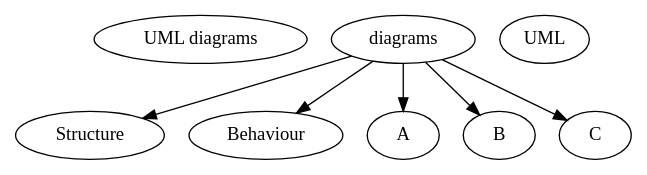
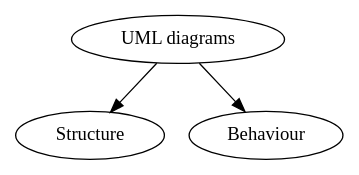
The first of 8 diagrams in doc/flowcharts.md (UPPMAX/programming_formalisms_intro), drawn with Graphviz before and after one commit. The commit also changed other lines of this file, not shown here.

````diff
--- a/doc/flowcharts.md
+++ b/doc/flowcharts.md
@@ -57,8 +57,8 @@
 ```{graphviz}
 digraph{
 "UML diagrams"
 Structure, Behaviour
-UML diagrams -> Structure
-UML diagrams -> Behaviour, A, B, C
+"UML diagrams" -> Structure
+"UML diagrams" -> Behaviour
 }
 ```
````
